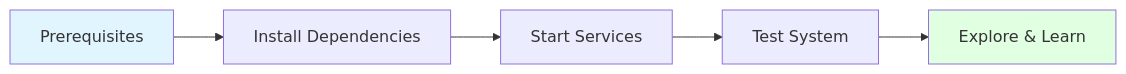
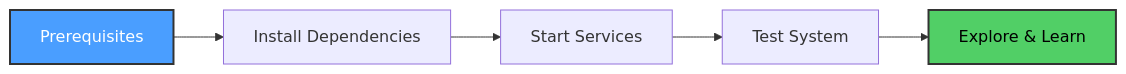
Before and after one commit to elewashy/Tanta-University: the first of 2 diagrams in Level_3/Semester_1/Distributed_Systems/Project/System_Architecture_in_Distributed_Systems/docs/QUICKSTART.md, drawn with Mermaid. The commit also changed 4 other files, not shown here.

````diff
--- a/Level_3/Semester_1/Distributed_Systems/Project/System_Architecture_in_Distributed_Systems/docs/QUICKSTART.md
+++ b/Level_3/Semester_1/Distributed_Systems/Project/System_Architecture_in_Distributed_Systems/docs/QUICKSTART.md
@@ -5,10 +5,10 @@
 ```mermaid
 graph LR
     A[Prerequisites] --> B[Install Dependencies]
     B --> C[Start Services]
     C --> D[Test System]
     D --> E[Explore & Learn]
     
-    style A fill:#e1f5ff
-    style E fill:#e1ffe1
+    style A fill:#4a9eff,stroke:#333,stroke-width:2px,color:#fff
+    style E fill:#51cf66,stroke:#333,stroke-width:2px,color:#000
 ```
````
